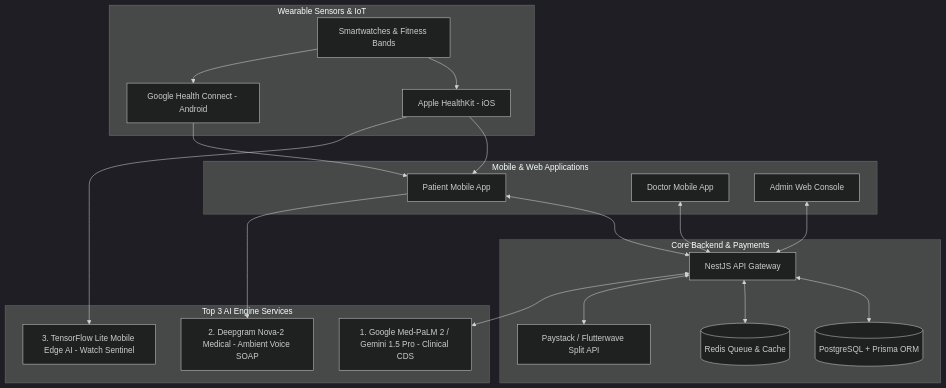
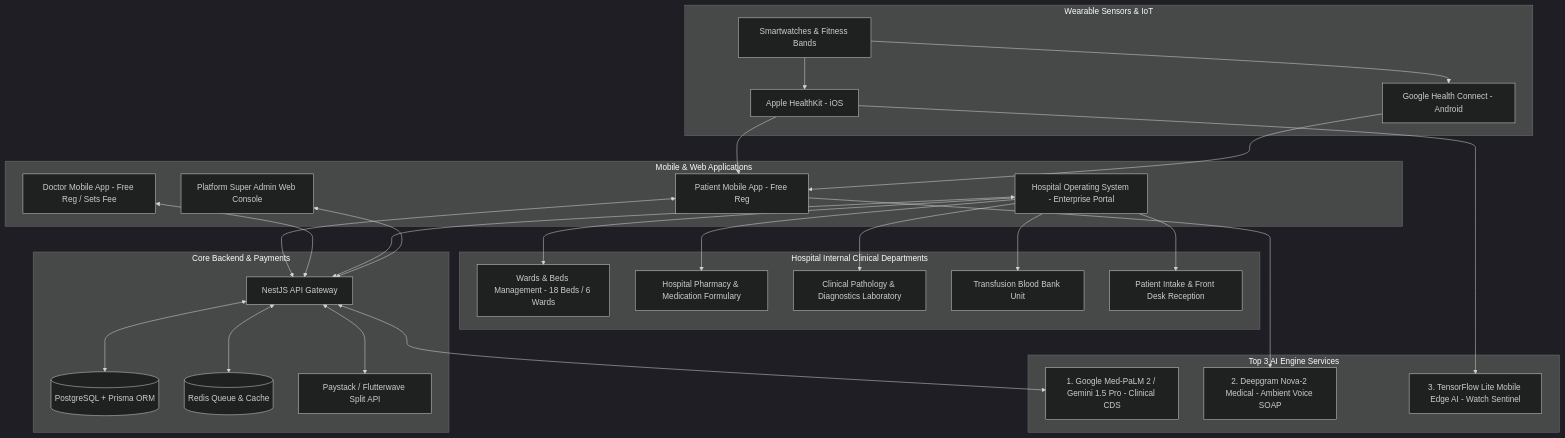
Before and after one commit to FBB1032/OminiPlus: the first of 3 diagrams in NEXT_STAGES_ROADMAP_AND_ARCHITECTURE.md, drawn with Mermaid (dark theme). The commit also changed other lines of this file and 75 other files, not shown here.

Commit message:
feat: initialize multi-platform application architecture including patient mobile screens and admin dashboard portal

````diff
--- a/NEXT_STAGES_ROADMAP_AND_ARCHITECTURE.md
+++ b/NEXT_STAGES_ROADMAP_AND_ARCHITECTURE.md
@@ -44,41 +28,56 @@
 ```mermaid
 graph TD
     subgraph Mobile & Web Applications
-        PA[Patient Mobile App]
-        DA[Doctor Mobile App]
-        ADM[Admin Web Console]
+        PA[Patient Mobile App - Free Reg]
+        DA[Doctor Mobile App - Free Reg / Sets Fee]
+        HSP[Hospital Operating System - Enterprise Portal]
+        ADM[Platform Super Admin Web Console]
+    end
+
+    subgraph Hospital Internal Clinical Departments
+        WRD[Wards & Beds Management - 18 Beds / 6 Wards]
+        PHM[Hospital Pharmacy & Medication Formulary]
+        LAB[Clinical Pathology & Diagnostics Laboratory]
+        BLD[Transfusion Blood Bank Unit]
+        REC[Patient Intake & Front Desk Reception]
     end
 
     subgraph Wearable Sensors & IoT
         HK[Apple HealthKit - iOS]
         GHC[Google Health Connect - Android]
         SW[Smartwatches & Fitness Bands]
     end
 
     subgraph Core Backend & Payments
         API[NestJS API Gateway]
         DB[(PostgreSQL + Prisma ORM)]
         RED[(Redis Queue & Cache)]
         PAY[Paystack / Flutterwave Split API]
     end
 
     subgraph Top 3 AI Engine Services
         M1[1. Google Med-PaLM 2 / Gemini 1.5 Pro - Clinical CDS]
         M2[2. Deepgram Nova-2 Medical - Ambient Voice SOAP]
         M3[3. TensorFlow Lite Mobile Edge AI - Watch Sentinel]
     end
 
     SW --> HK
     SW --> GHC
     HK --> PA
     GHC --> PA
     PA <--> API
     DA <--> API
+    HSP <--> API
     ADM <--> API
+    HSP --> WRD
+    HSP --> PHM
+    HSP --> LAB
+    HSP --> BLD
+    HSP --> REC
     API <--> DB
     API <--> RED
     API <--> PAY
     API <--> M1
     PA --> M2
     HK --> M3
 ```
````
